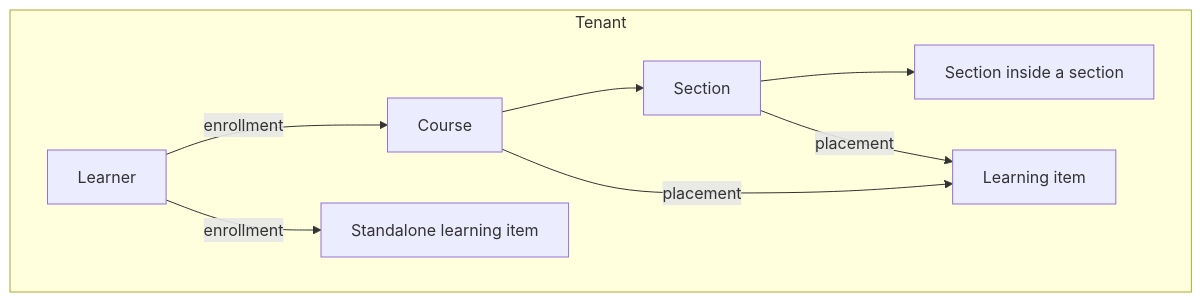
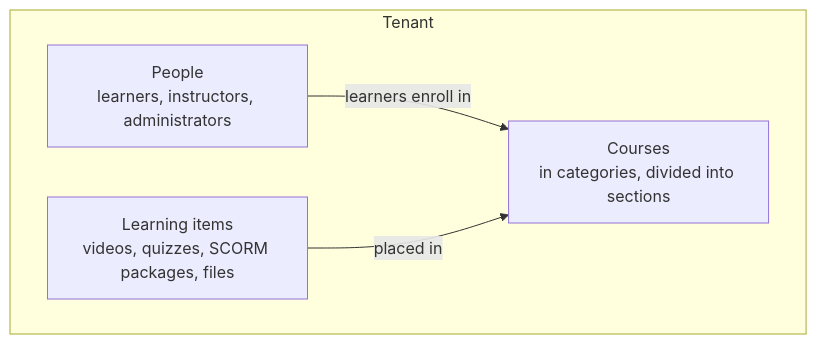
The first of 2 diagrams in docs-site/docs-current/getting-started/concepts.md (CMDxAI/CMDXAI-website), drawn with Mermaid before and after one commit. The commit also changed other lines of this file, not shown here.

````diff
--- a/docs-site/docs-current/getting-started/concepts.md
+++ b/docs-site/docs-current/getting-started/concepts.md
@@ -23,20 +24,14 @@
 ```mermaid
-flowchart TB
-  accTitle: How CMDX content fits together
-  accDescr: Everything sits inside one tenant. The tenant has learners, courses and learning items. A course contains sections, and sections can contain more sections. Placements put a learning item into a course or a section, and one learning item can have many placements. A learner is enrolled in a course, or in a standalone learning item that is in no course.
+flowchart LR
+  accTitle: What a tenant contains
+  accDescr: A tenant contains people, courses and learning items. Learners enroll in courses. Learning items are placed in courses.
 
   subgraph tenant[Tenant]
-    learner[Learner]
-    course[Course]
-    section[Section]
-    subsection[Section inside a section]
-    item[Learning item]
-    standalone[Standalone learning item]
-    course --> section
-    section --> subsection
-    course -- placement --> item
-    section -- placement --> item
-    learner -- enrollment --> course
-    learner -- enrollment --> standalone
+    direction LR
+    people["People<br/>learners, instructors, administrators"]
+    courses["Courses<br/>in categories, divided into sections"]
+    items["Learning items<br/>videos, quizzes, SCORM packages, files"]
+    people -- learners enroll in --> courses
+    items -- placed in --> courses
   end
 ```
````
